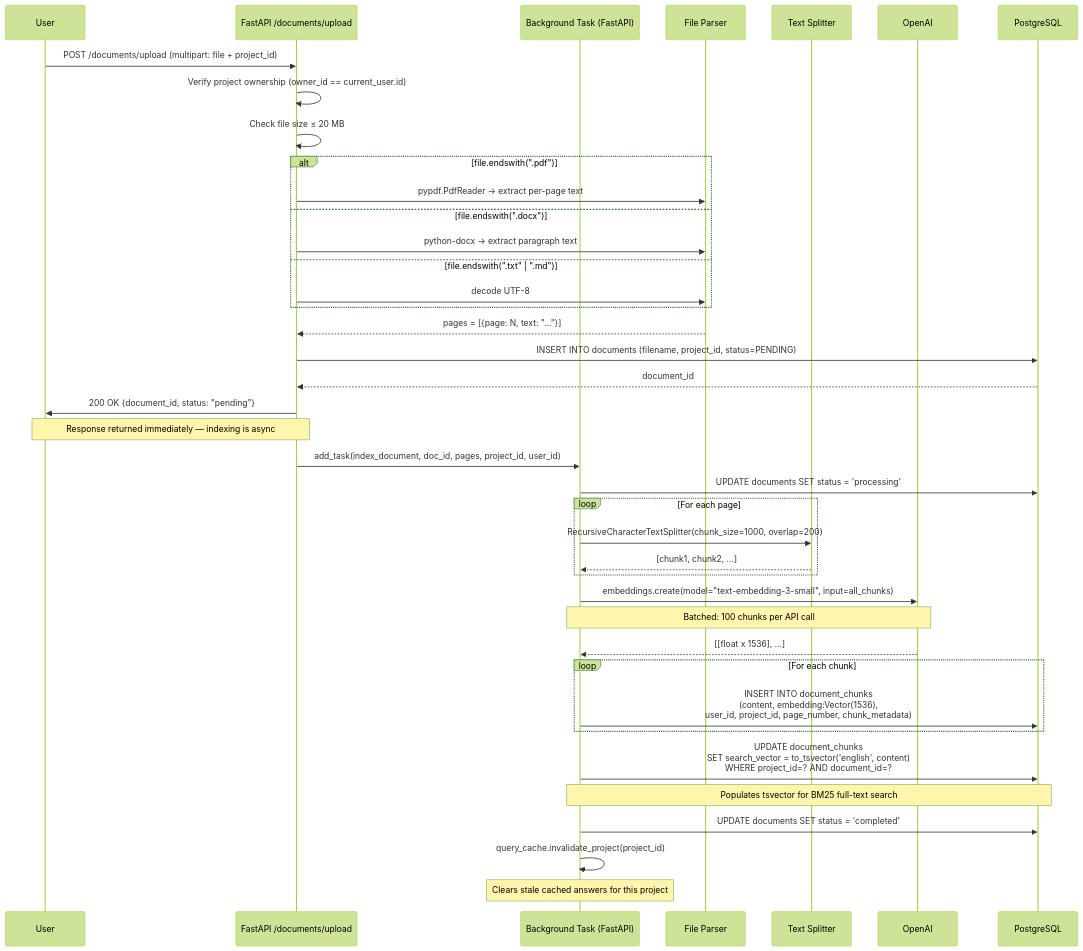
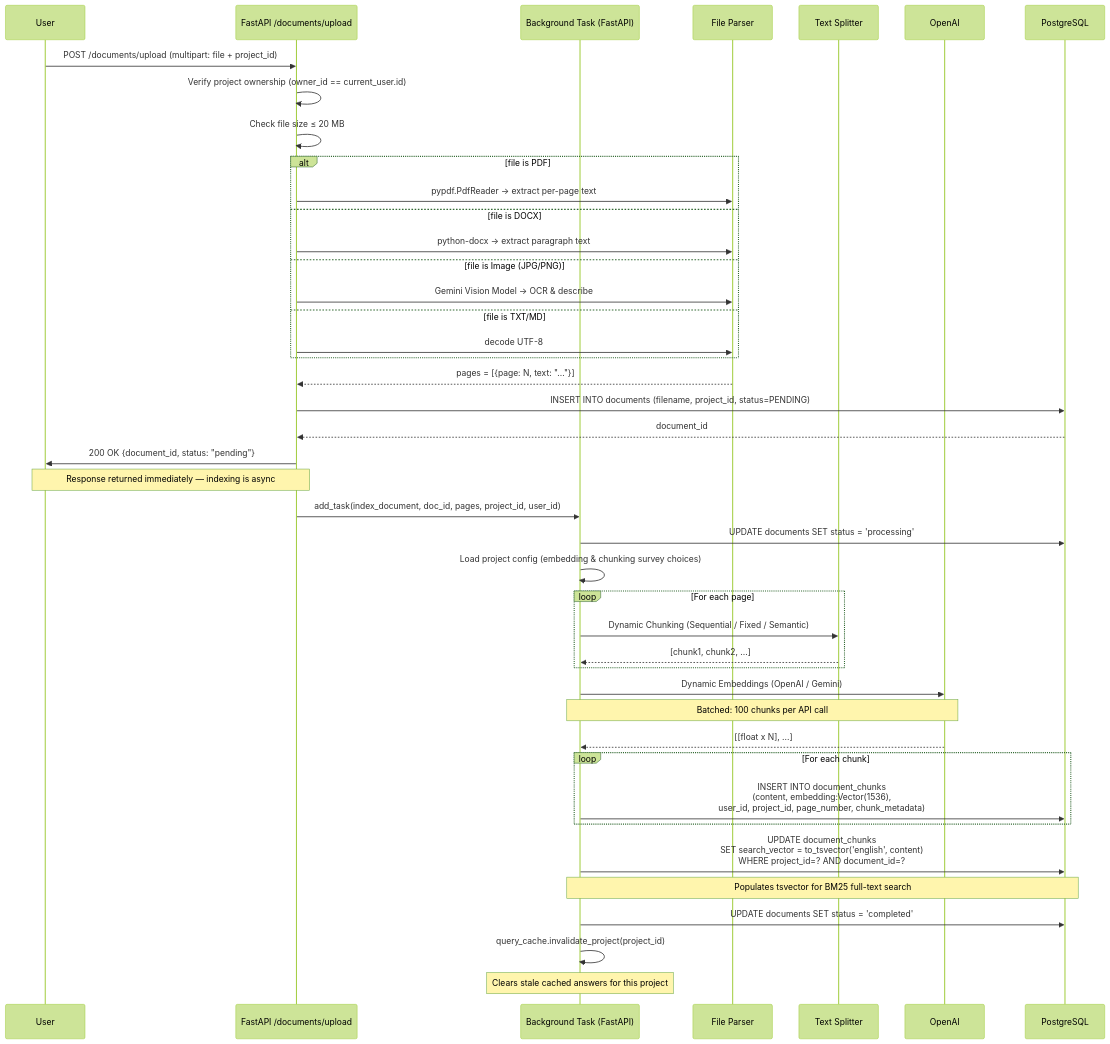
One commit to singhdeepakkk04/Ragify changed the sixth of 14 diagrams in docs/architecture.md. Above: the diagram before and after it, drawn with Mermaid (forest theme). The commit also changed other lines of this file and 2 other files, not shown here.

Commit message:
fix(backend): resolved openai httpx conflict and redis ssl error; docs: updated architecture

````diff
--- a/docs/architecture.md
+++ b/docs/architecture.md
@@ -373,56 +388,60 @@
 ```mermaid
 sequenceDiagram
     participant User
     participant API as FastAPI /documents/upload
     participant BG as Background Task (FastAPI)
     participant Parser as File Parser
     participant Splitter as Text Splitter
     participant OpenAI
     participant DB as PostgreSQL
 
     User->>API: POST /documents/upload (multipart: file + project_id)
     
     API->>API: Verify project ownership (owner_id == current_user.id)
     API->>API: Check file size ≤ 20 MB
     
-    alt file.endswith(".pdf")
+    alt file is PDF
         API->>Parser: pypdf.PdfReader → extract per-page text
-    else file.endswith(".docx")
+    else file is DOCX
         API->>Parser: python-docx → extract paragraph text
-    else file.endswith(".txt" | ".md")
+    else file is Image (JPG/PNG)
+        API->>Parser: Gemini Vision Model → OCR & describe
+    else file is TXT/MD
         API->>Parser: decode UTF-8
     end
     
     Parser-->>API: pages = [{page: N, text: "..."}]
     
     API->>DB: INSERT INTO documents (filename, project_id, status=PENDING)
     DB-->>API: document_id
     
     API->>User: 200 OK {document_id, status: "pending"}
     Note over API,User: Response returned immediately — indexing is async
     
     API->>BG: add_task(index_document, doc_id, pages, project_id, user_id)
     
     BG->>DB: UPDATE documents SET status = 'processing'
     
+    BG->>BG: Load project config (embedding & chunking survey choices)
+    
     loop For each page
-        BG->>Splitter: RecursiveCharacterTextSplitter(chunk_size=1000, overlap=200)
+        BG->>Splitter: Dynamic Chunking (Sequential / Fixed / Semantic)
         Splitter-->>BG: [chunk1, chunk2, ...]
     end
     
-    BG->>OpenAI: embeddings.create(model="text-embedding-3-small", input=all_chunks)
+    BG->>OpenAI: Dynamic Embeddings (OpenAI / Gemini)
     Note over BG,OpenAI: Batched: 100 chunks per API call
-    OpenAI-->>BG: [[float x 1536], ...] 
+    OpenAI-->>BG: [[float x N], ...] 
     
     loop For each chunk
         BG->>DB: INSERT INTO document_chunks<br>(content, embedding:Vector(1536),<br>user_id, project_id, page_number, chunk_metadata)
     end
     
     BG->>DB: UPDATE document_chunks<br>SET search_vector = to_tsvector('english', content)<br>WHERE project_id=? AND document_id=?
     Note over BG,DB: Populates tsvector for BM25 full-text search
     
     BG->>DB: UPDATE documents SET status = 'completed'
     
     BG->>BG: query_cache.invalidate_project(project_id)
     Note over BG: Clears stale cached answers for this project
 ```
````
